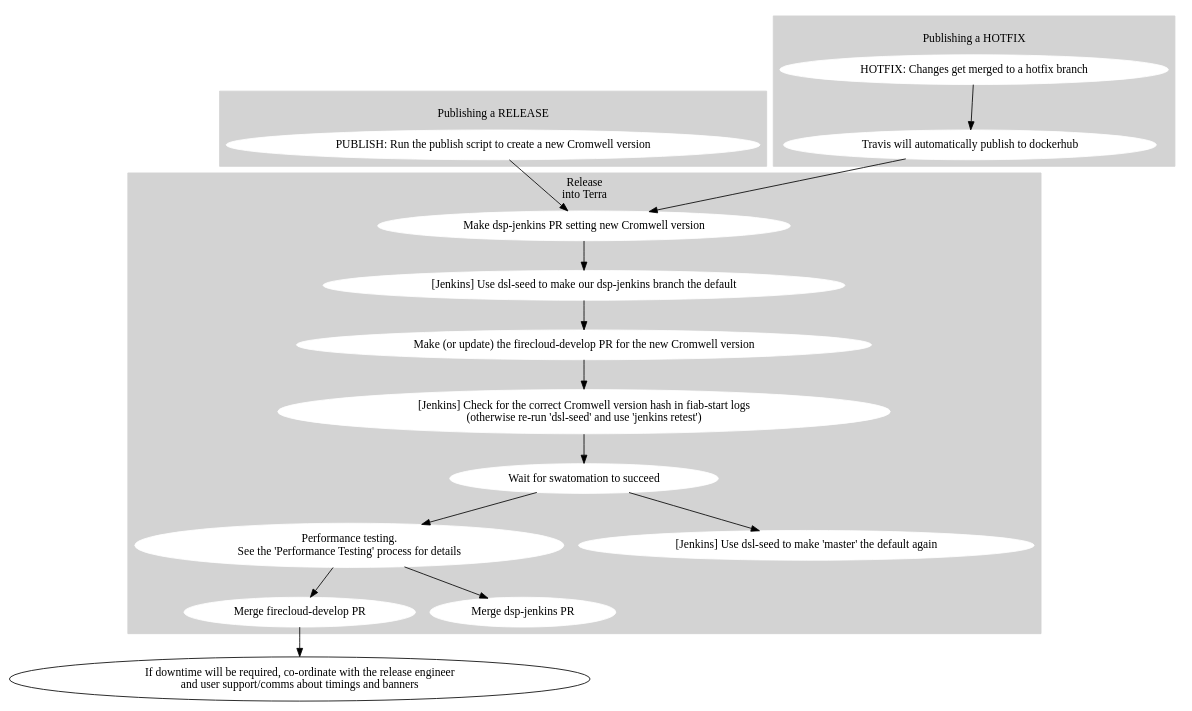
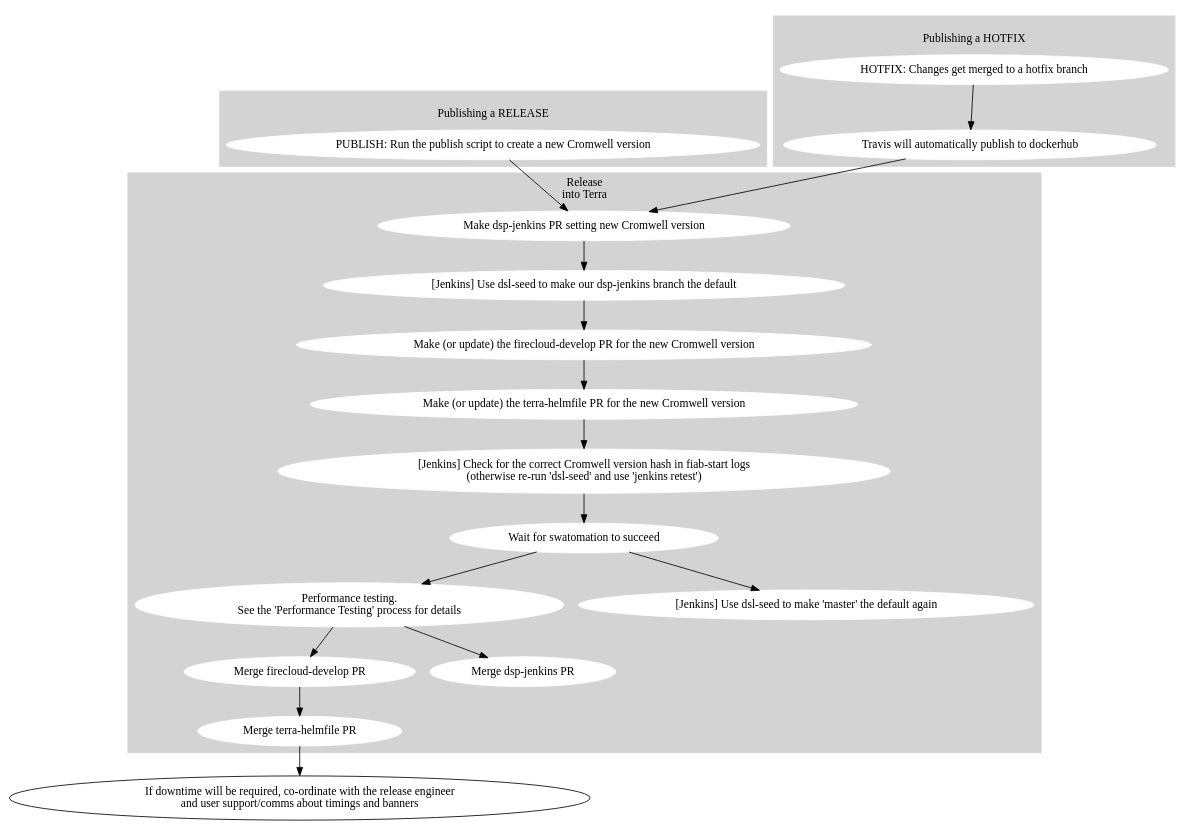
The diagram in processes/release_processes/firecloud-develop.dot (broadinstitute/cromwell), drawn with Graphviz before and after one commit.

Commit message:
Updated release flowchart for Kubernetes [BA-6533]

```diff
--- a/processes/release_processes/firecloud-develop.dot
+++ b/processes/release_processes/firecloud-develop.dot
@@ -1,69 +1,73 @@
 digraph {
 
   # Nodes
 
   subgraph cluster_0 {
     label="\lPublishing a RELEASE"
     style=filled
     node [style=filled,color=white];
     color="lightgrey"
 
     release_cromwell [shape=oval label="PUBLISH: Run the publish script to create a new Cromwell version"];
   }
 
   subgraph cluster_1 {
     label="\lPublishing a HOTFIX"
     style=filled
     node [style=filled,color=white];
     color="lightgrey"
 
     hotfix_changes [shape=oval label="HOTFIX: Changes get merged to a hotfix branch"];
     publish_hotfix [shape=oval label="Travis will automatically publish to dockerhub"];
   }
 
   subgraph cluster_2 {
     label="Release\ninto Terra"
     style=filled
     node [style=filled,color=white];
     color="lightgrey"
 
     fcdev_pr [shape=oval label="Make (or update) the firecloud-develop PR for the new Cromwell version"];
+    helmfile_pr [shape=oval label="Make (or update) the terra-helmfile PR for the new Cromwell version"];
     confirm_cromwell_v [shape=oval label="[Jenkins] Check for the correct Cromwell version hash in fiab-start logs\n(otherwise re-run 'dsl-seed' and use 'jenkins retest')"];
     confirm_cromwell_v [shape=oval label="[Jenkins] Check for the correct Cromwell version hash in fiab-start logs\n(otherwise re-run 'dsl-seed' and use 'jenkins retest')"];
     fcdev_success [shape=oval label="Wait for swatomation to succeed"];
 
     fcdev_merge [shape=oval label="Merge firecloud-develop PR"];
+    helmfile_merge [shape=oval label="Merge terra-helmfile PR"];
 
     dspjenkins_PR [shape=oval label="Make dsp-jenkins PR setting new Cromwell version"];
     dspjenkins_merge [shape=oval label="Merge dsp-jenkins PR"];
 
     qa_perf [shape=oval label="Performance testing.\nSee the 'Performance Testing' process for details"];
 
     jenkins_set [shape=oval label="[Jenkins] Use dsl-seed to make our dsp-jenkins branch the default"];
     jenkins_reset [shape=oval label="[Jenkins] Use dsl-seed to make 'master' the default again"];
   }
 
   coordinate_release_timing [shape=oval label="If downtime will be required, co-ordinate with the release engineer\nand user support/comms about timings and banners"];
 
   # Edges
 
   hotfix_changes -> publish_hotfix
   publish_hotfix -> dspjenkins_PR
 
   release_cromwell -> dspjenkins_PR
 
-  fcdev_pr -> confirm_cromwell_v
+  fcdev_pr -> helmfile_pr
+  helmfile_pr -> confirm_cromwell_v
 
   dspjenkins_PR -> jenkins_set
 
   jenkins_set -> fcdev_pr
   confirm_cromwell_v -> fcdev_success
 
   fcdev_success -> jenkins_reset
   fcdev_success -> qa_perf
 
   qa_perf -> dspjenkins_merge
   qa_perf -> fcdev_merge
 
-  fcdev_merge -> coordinate_release_timing
+  fcdev_merge -> helmfile_merge
+  helmfile_merge -> coordinate_release_timing
 }
```
